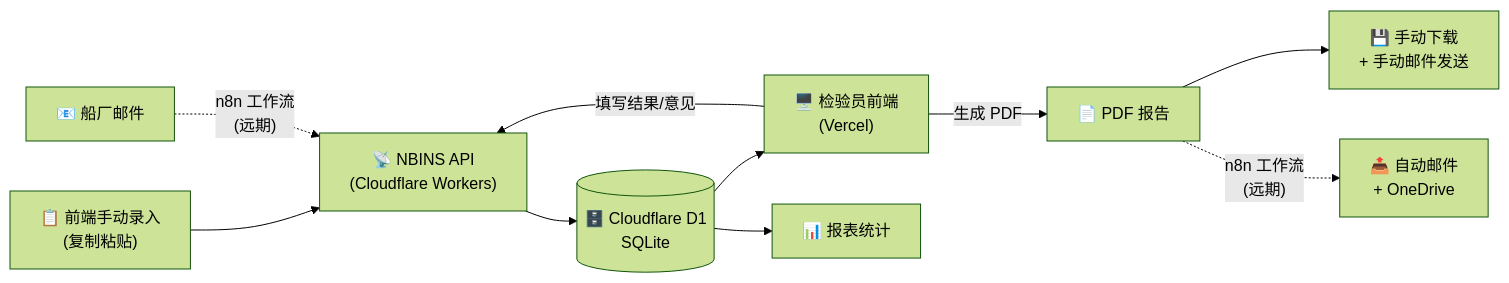
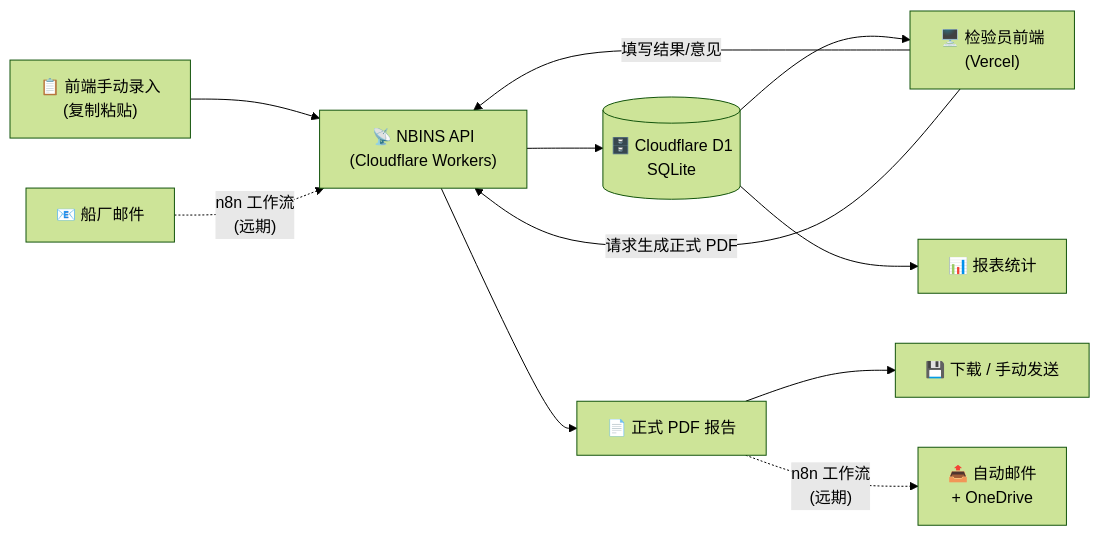
Before and after one commit to xingkaijun/nbins: the first of 6 diagrams in docs/architecture.md, drawn with Mermaid (forest theme). The commit also changed other lines of this file and 3 other files, not shown here.

Commit message:
docs: align NBINS v6 architecture and workflow decisions

````diff
--- a/docs/architecture.md
+++ b/docs/architecture.md
@@ -16,12 +16,13 @@
 ```mermaid
 flowchart LR
     A1["📋 前端手动录入<br/>(复制粘贴)"] --> B["📡 NBINS API<br/>(Cloudflare Workers)"]
     A2["📧 船厂邮件"] -.->|"n8n 工作流<br/>(远期)"| B
     B --> C[("🗄️ Cloudflare D1<br/>SQLite")]
     C --> D["🖥️ 检验员前端<br/>(Vercel)"]
     D -->|"填写结果/意见"| B
-    D -->|"生成 PDF"| E["📄 PDF 报告"]
-    E --> F1["💾 手动下载<br/>+ 手动邮件发送"]
+    D -->|"请求生成正式 PDF"| B
+    B --> E["📄 正式 PDF 报告"]
+    E --> F1["💾 下载 / 手动发送"]
     E -.->|"n8n 工作流<br/>(远期)"| F2["📤 自动邮件<br/>+ OneDrive"]
     C --> G["📊 报表统计"]
 ```
````
